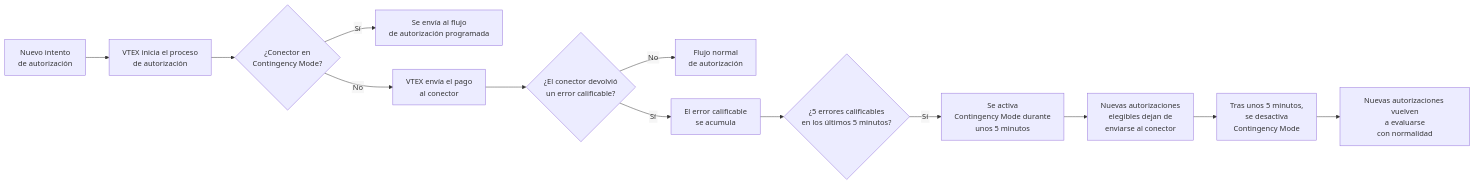
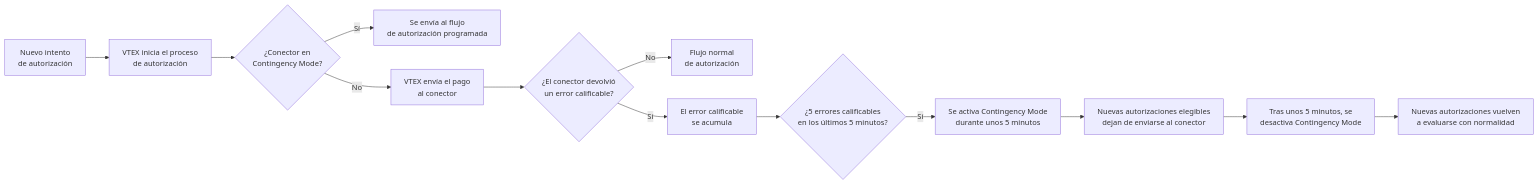
One commit to vtexdocs/help-center-content changed the first of 2 diagrams in docs/es/tutorials/pagos/transacciones/mode-off-faq.md. Above: the diagram before and after it, drawn with Mermaid. The commit also changed other lines of this file and 2 other files, not shown here.

Commit message:
update: edu-18553 fix mermaid node text clipping in contingency mode faq
Cap every flowchart node at two lines and raise wrappingWidth so labels don't wrap into a third line, which the Help Center renderer clips at the bottom of the box.

````diff
--- a/docs/es/tutorials/pagos/transacciones/mode-off-faq.md
+++ b/docs/es/tutorials/pagos/transacciones/mode-off-faq.md
@@ -74,16 +74,16 @@
 ```mermaid
-%%{init: {'flowchart': {'htmlLabels': false, 'useMaxWidth': false, 'wrappingWidth': 220, 'padding': 14}}}%%
+%%{init: {'flowchart': {'htmlLabels': true, 'useMaxWidth': false, 'wrappingWidth': 500, 'padding': 14}}}%%
 flowchart LR
     A["Nuevo intento<br/>de autorización"] --> B["VTEX inicia el proceso<br/>de autorización"]
     B --> C{"¿Conector en<br/>Contingency Mode?"}
     C -- "Sí" --> D["Se envía al flujo<br/>de autorización programada"]
     C -- "No" --> E["VTEX envía el pago<br/>al conector"]
     E --> F{"¿El conector devolvió<br/>un error calificable?"}
     F -- "No" --> G["Flujo normal<br/>de autorización"]
     F -- "Sí" --> H["El error calificable<br/>se acumula"]
     H --> I{"¿5 errores calificables<br/>en los últimos 5 minutos?"}
-    I -- "Sí" --> J["Se activa<br/>Contingency Mode durante<br/>unos 5 minutos"]
-    J --> K["Nuevas autorizaciones<br/>elegibles dejan de<br/>enviarse al conector"]
-    K --> L["Tras unos 5 minutos,<br/>se desactiva<br/>Contingency Mode"]
-    L --> M["Nuevas autorizaciones vuelven<br/>a evaluarse<br/>con normalidad"]
+    I -- "Sí" --> J["Se activa Contingency Mode<br/>durante unos 5 minutos"]
+    J --> K["Nuevas autorizaciones elegibles<br/>dejan de enviarse al conector"]
+    K --> L["Tras unos 5 minutos, se<br/>desactiva Contingency Mode"]
+    L --> M["Nuevas autorizaciones vuelven<br/>a evaluarse con normalidad"]
 ```
````
